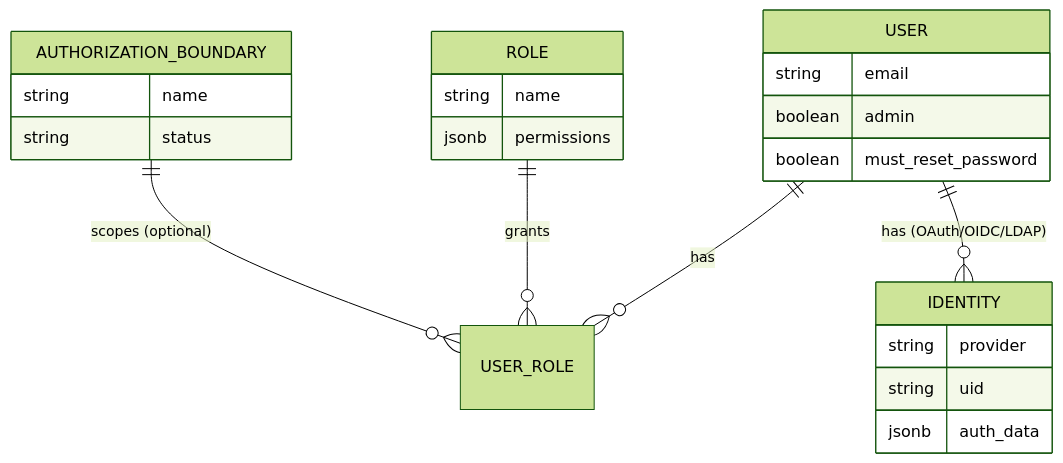
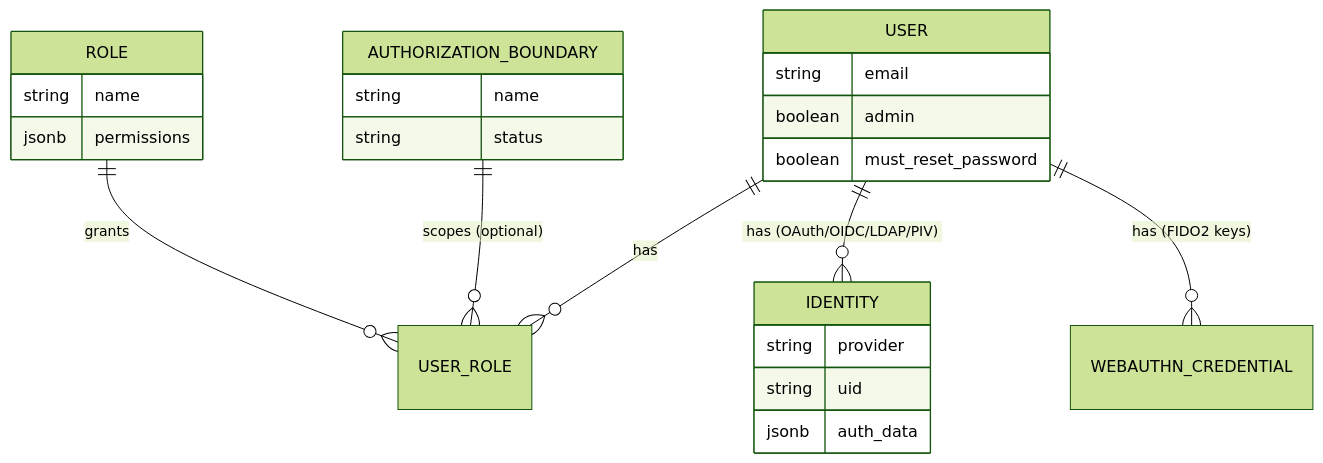
The seventh of 8 diagrams in wiki/Architecture.md (risk-sentinel/sparc), drawn with Mermaid (forest theme) before and after one commit. The commit also changed other lines of this file and 6 other files, not shown here.

````diff
--- a/wiki/Architecture.md
+++ b/wiki/Architecture.md
@@ -162,26 +162,27 @@
 ```mermaid
 erDiagram
     USER ||--o{ USER_ROLE : has
     ROLE ||--o{ USER_ROLE : grants
     AUTHORIZATION_BOUNDARY ||--o{ USER_ROLE : "scopes (optional)"
-    USER ||--o{ IDENTITY : "has (OAuth/OIDC/LDAP)"
+    USER ||--o{ IDENTITY : "has (OAuth/OIDC/LDAP/PIV)"
+    USER ||--o{ WEBAUTHN_CREDENTIAL : "has (FIDO2 keys)"
 
     USER {
         string email
         boolean admin
         boolean must_reset_password
     }
     ROLE {
         string name
         jsonb permissions
     }
     IDENTITY {
         string provider
         string uid
         jsonb auth_data
     }
     AUTHORIZATION_BOUNDARY {
         string name
         string status
     }
 ```
````
